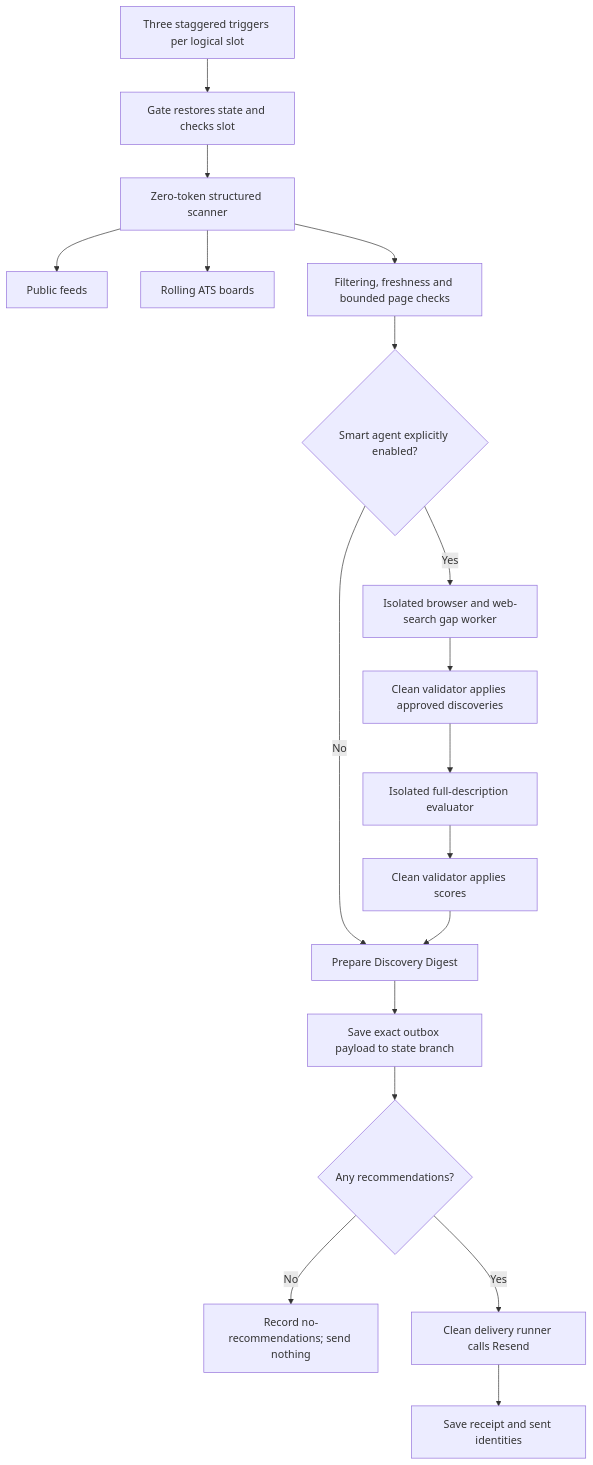
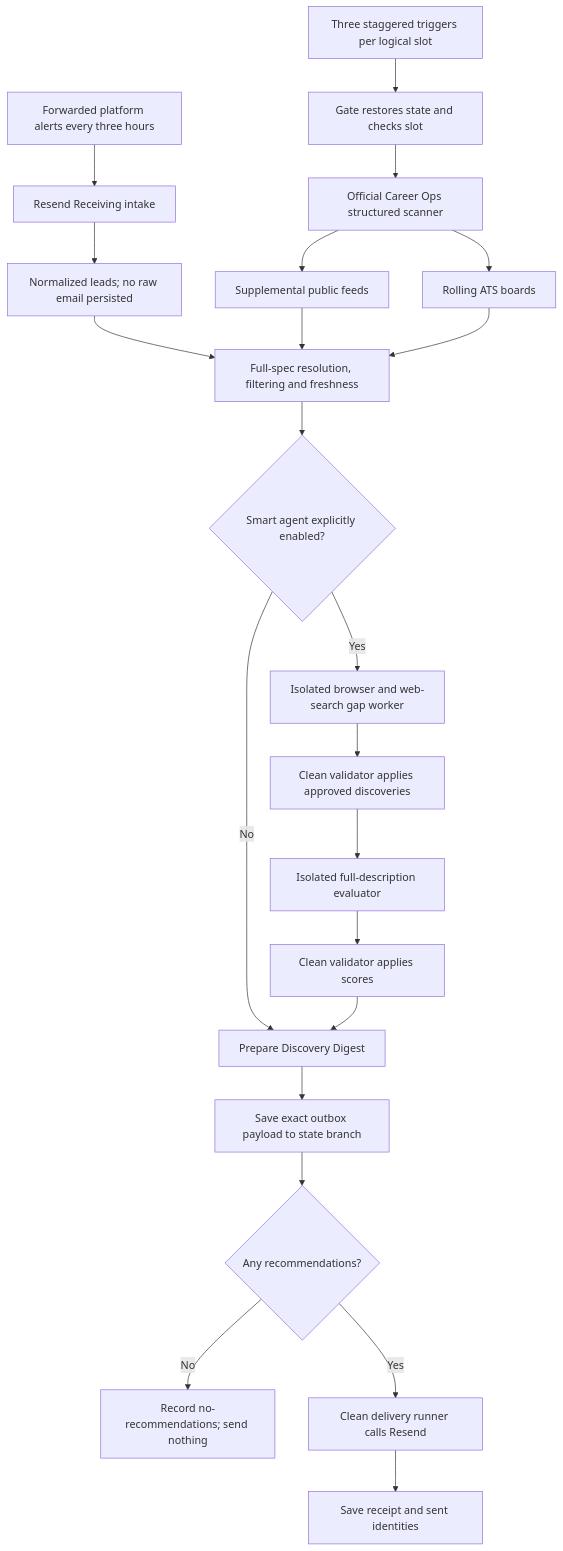
One commit to jaikrishnanmurali/career-intelligence-workflow changed the diagram in docs/architecture.md. Above: the diagram before and after it, drawn with Mermaid. The commit also changed other lines of this file and 70 other files, not shown here.

````diff
--- a/docs/architecture.md
+++ b/docs/architecture.md
@@ -5,20 +5,24 @@
 ```mermaid
 flowchart TD
     A["Three staggered triggers per logical slot"] --> B["Gate restores state and checks slot"]
-    B --> C["Zero-token structured scanner"]
-    C --> D["Public feeds"]
+    R["Forwarded platform alerts every three hours"] --> S["Resend Receiving intake"]
+    S --> T["Normalized leads; no raw email persisted"]
+    B --> C["Official Career Ops structured scanner"]
+    C --> D["Supplemental public feeds"]
     C --> E["Rolling ATS boards"]
-    C --> F["Filtering, freshness and bounded page checks"]
+    T --> F["Full-spec resolution, filtering and freshness"]
+    D --> F
+    E --> F
     F --> G{"Smart agent explicitly enabled?"}
     G -- No --> H["Prepare Discovery Digest"]
     G -- Yes --> I["Isolated browser and web-search gap worker"]
     I --> J["Clean validator applies approved discoveries"]
     J --> K["Isolated full-description evaluator"]
     K --> L["Clean validator applies scores"]
     L --> H
     H --> M["Save exact outbox payload to state branch"]
     M --> N{"Any recommendations?"}
     N -- No --> O["Record no-recommendations; send nothing"]
     N -- Yes --> P["Clean delivery runner calls Resend"]
     P --> Q["Save receipt and sent identities"]
 ```
````
